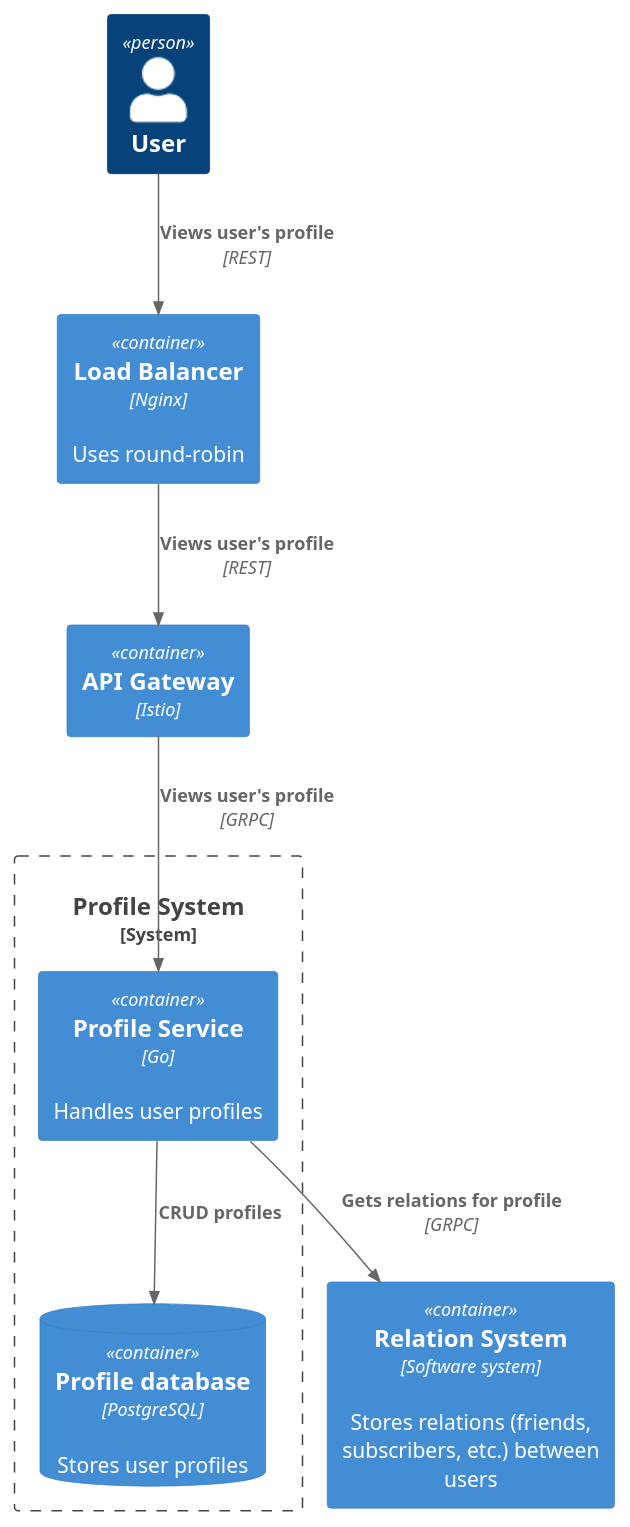
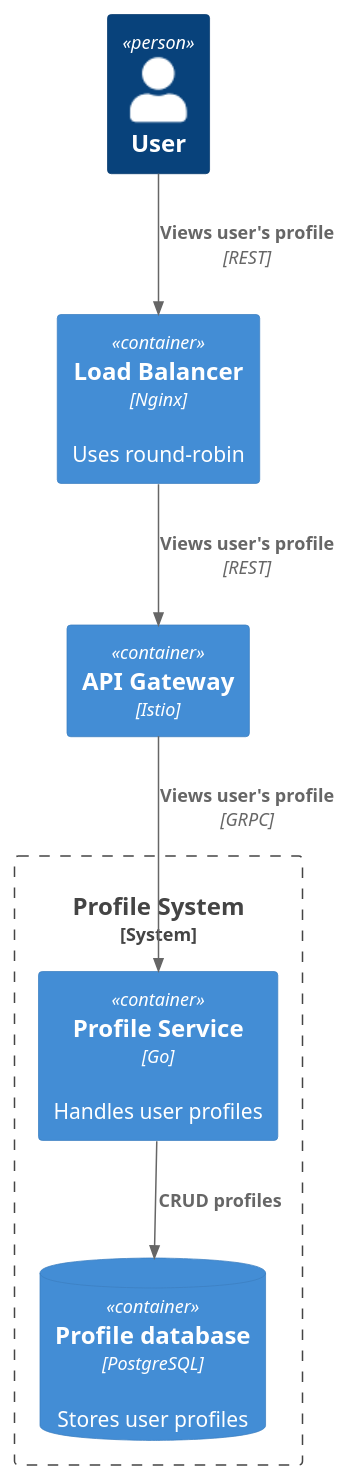
The diagram in architecture/profile_system/container.puml (Mort4lis/social-network-system-design), drawn with PlantUML before and after one commit.

Commit message:
fix: remove dependency to relation system for profile system

```diff
--- a/architecture/profile_system/container.puml
+++ b/architecture/profile_system/container.puml
@@ -1,19 +1,17 @@
 @startuml
 !include https://raw.githubusercontent.com/plantuml-stdlib/C4-PlantUML/master/C4_Container.puml
 
 Person(user, "User")
 Container(loadBalancer, "Load Balancer", "Nginx", "Uses round-robin")
 Container(apiGateway, "API Gateway", "Istio")
-Container(relationSystem, "Relation System", "Software system", "Stores relations (friends, subscribers, etc.) between users")
 
 System_Boundary(profileSystem, "Profile System") {
     Container(profileService, "Profile Service", "Go", "Handles user profiles")
     ContainerDb(profileDatabase, "Profile database", "PostgreSQL", "Stores user profiles")
 }
 
 Rel(user, loadBalancer, "Views user's profile", "REST")
 Rel(loadBalancer, apiGateway, "Views user's profile", "REST")
 Rel(apiGateway, profileService, "Views user's profile", "GRPC")
-Rel(profileService, relationSystem, "Gets relations for profile", "GRPC")
 Rel(profileService, profileDatabase, "CRUD profiles")
 @enduml
```
